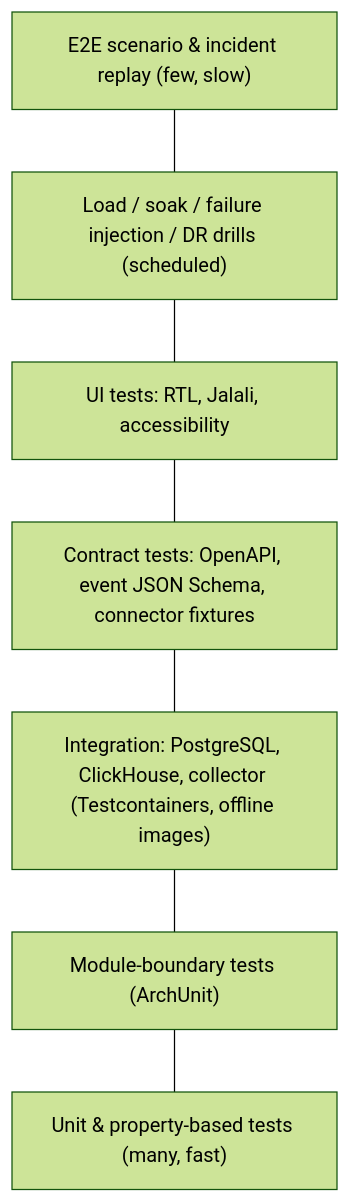
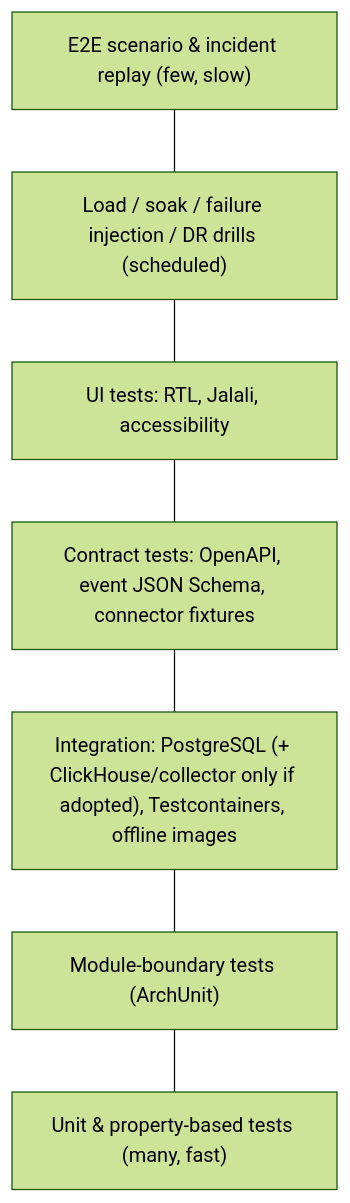
The diagram in docs/testing/quality-and-validation-strategy.md (navy1919/IssabelMonitoring), drawn with Mermaid (forest theme) before and after one commit. The commit also changed other lines of this file and 46 other files, not shown here.

````diff
--- a/docs/testing/quality-and-validation-strategy.md
+++ b/docs/testing/quality-and-validation-strategy.md
@@ -22,11 +23,11 @@
 ```mermaid
 flowchart TB
   E2E["E2E scenario & incident replay (few, slow)"]
   PERF["Load / soak / failure injection / DR drills (scheduled)"]
   UI["UI tests: RTL, Jalali, accessibility"]
   CON["Contract tests: OpenAPI, event JSON Schema, connector fixtures"]
-  INT["Integration: PostgreSQL, ClickHouse, collector (Testcontainers, offline images)"]
+  INT["Integration: PostgreSQL (+ ClickHouse/collector only if adopted), Testcontainers, offline images"]
   ARCH["Module-boundary tests (ArchUnit)"]
   UNIT["Unit & property-based tests (many, fast)"]
   E2E --- PERF --- UI --- CON --- INT --- ARCH --- UNIT
 ```
````
